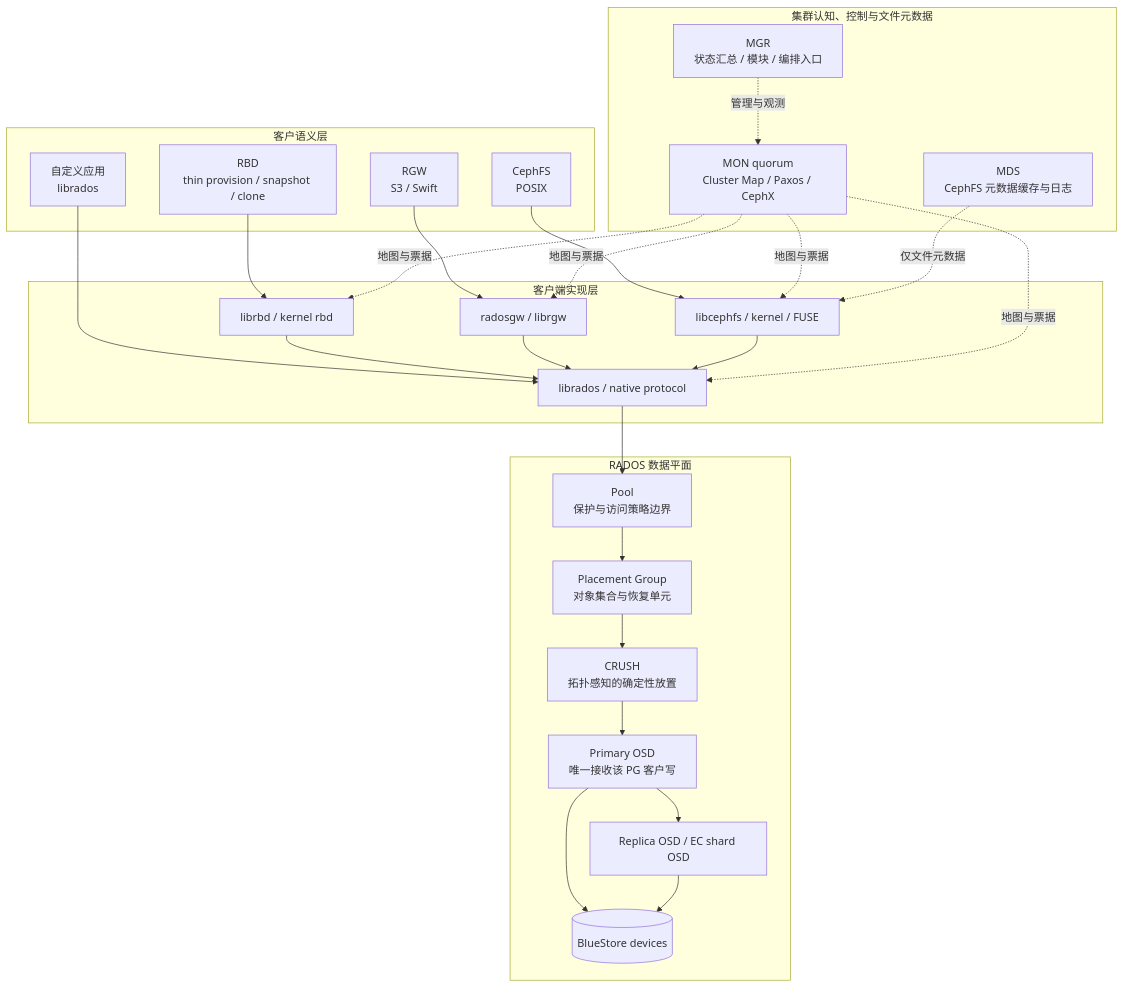
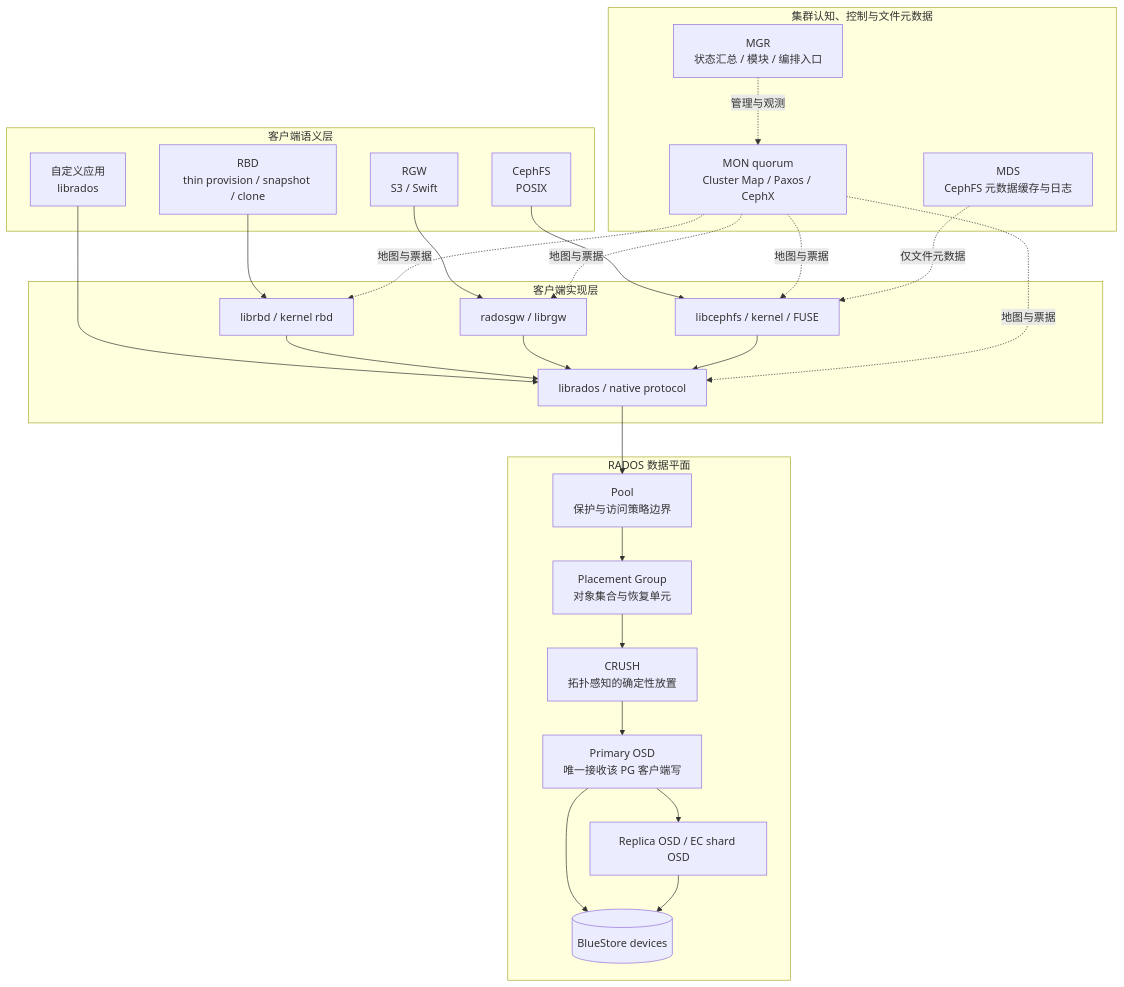
The first of 42 diagrams in docs/storage/ceph/01-architecture.md (brinnatt/kubeauto), drawn with Mermaid before and after one commit. The commit also changed other lines of this file and 8 other files, not shown here.

````diff
--- a/docs/storage/ceph/01-architecture.md
+++ b/docs/storage/ceph/01-architecture.md
@@ -9,39 +9,39 @@
 ```mermaid
 flowchart TB
-  subgraph client_semantics[客户语义层]
+  subgraph client_semantics[客户端语义层]
     RBD[RBD<br/>thin provision / snapshot / clone]
     RGW[RGW<br/>S3 / Swift]
     FS[CephFS<br/>POSIX]
     APP[自定义应用<br/>librados]
   end
   subgraph client_libraries[客户端实现层]
     LRBD[librbd / kernel rbd]
     LRGW[radosgw / librgw]
     LFS[libcephfs / kernel / FUSE]
     LRADOS[librados / native protocol]
   end
   subgraph control_metadata[集群认知、控制与文件元数据]
     MON[MON quorum<br/>Cluster Map / Paxos / CephX]
     MGR[MGR<br/>状态汇总 / 模块 / 编排入口]
     MDS[MDS<br/>CephFS 元数据缓存与日志]
   end
   subgraph rados[RADOS 数据平面]
     POOL[Pool<br/>保护与访问策略边界]
     PG[Placement Group<br/>对象集合与恢复单元]
     CRUSH[CRUSH<br/>拓扑感知的确定性放置]
-    PRIMARY[Primary OSD<br/>唯一接收该 PG 客户写]
+    PRIMARY[Primary OSD<br/>唯一接收该 PG 客户端写]
     PEERS[Replica OSD / EC shard OSD]
     BLUE[(BlueStore devices)]
   end
   RBD --> LRBD
   RGW --> LRGW
   FS --> LFS
   APP --> LRADOS
   LRBD & LRGW & LFS --> LRADOS
   MON -.地图与票据.-> LRBD & LRGW & LFS & LRADOS
   MDS -.仅文件元数据.-> LFS
   MGR -.管理与观测.-> MON
   LRADOS --> POOL --> PG --> CRUSH
   CRUSH --> PRIMARY --> PEERS
   PRIMARY & PEERS --> BLUE
 ```
````
